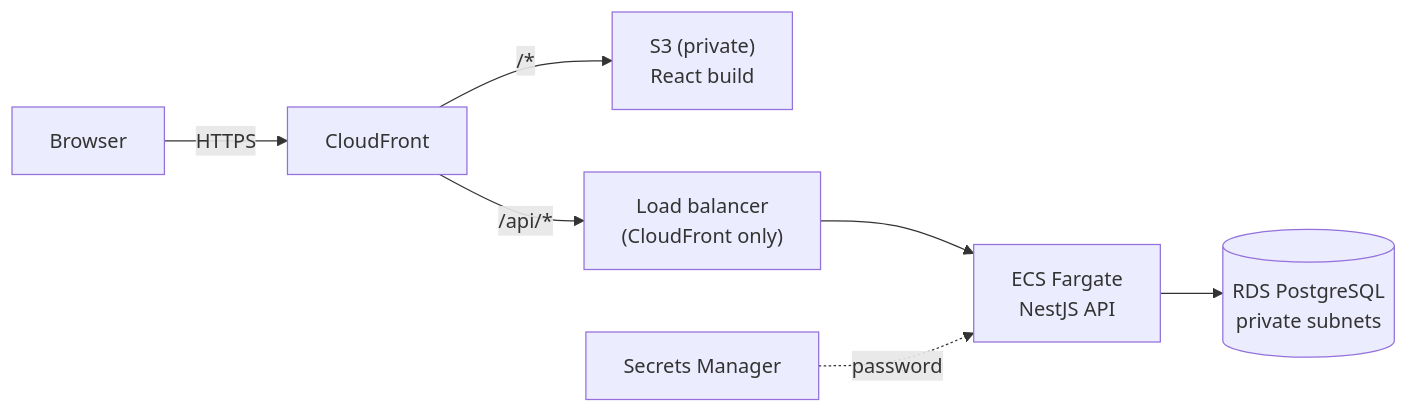
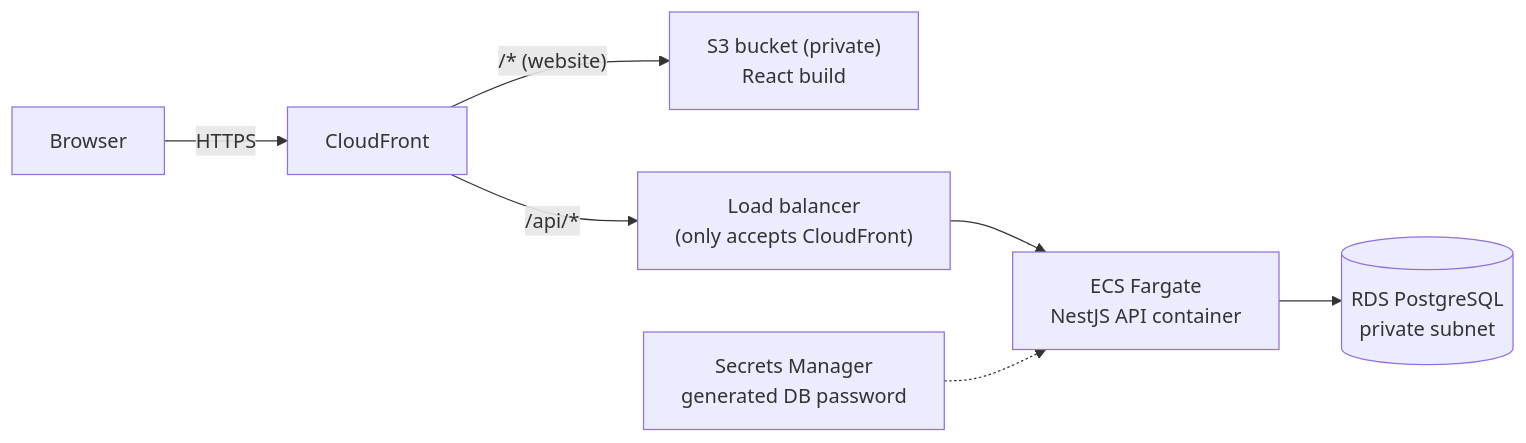
One commit to McTech6/aws-student-community-day-cicd changed the first of 2 diagrams in README.md. Above: the diagram before and after it, drawn with Mermaid. The commit also changed other lines of this file and 2 other files, not shown here.

````diff
--- a/README.md
+++ b/README.md
@@ -217,9 +47,9 @@
 ```mermaid
 flowchart LR
     user["Browser"] -->|HTTPS| cf["CloudFront"]
-    cf -->|"/*"| s3["S3 (private)<br/>React build"]
-    cf -->|"/api/*"| alb["Load balancer<br/>(CloudFront only)"]
-    alb --> ecs["ECS Fargate<br/>NestJS API"]
-    ecs --> rds[("RDS PostgreSQL<br/>private subnets")]
-    sm["Secrets Manager"] -.password.-> ecs
+    cf -->|"/* (website)"| s3["S3 bucket (private)<br/>React build"]
+    cf -->|"/api/*"| alb["Load balancer<br/>(only accepts CloudFront)"]
+    alb --> ecs["ECS Fargate<br/>NestJS API container"]
+    ecs --> rds[("RDS PostgreSQL<br/>private subnet")]
+    sm["Secrets Manager<br/>generated DB password"] -.-> ecs
 ```
````
